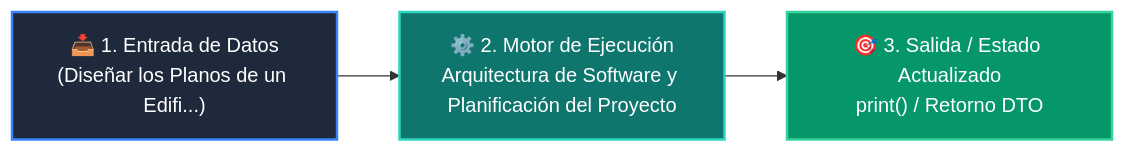
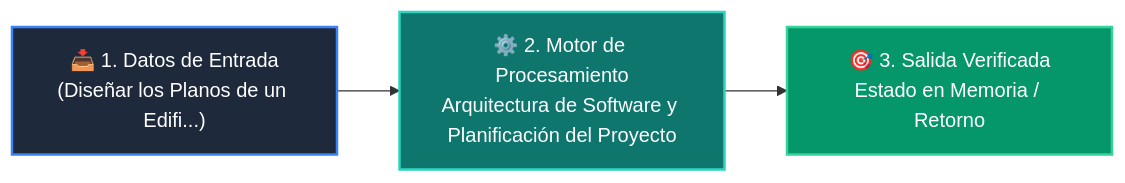
The diagram in 04-proyecto-final/clase-01-arquitectura-y-planificacion/README.md (wisrovi/wisrovi-python), drawn with Mermaid before and after one commit. The commit also changed other lines of this file and 226 other files, not shown here.

Commit message:
docs: elevate all repository READMEs to world-class mastery standard with rich pedagogical architecture, custom Mermaids, and professional styling

````diff
--- a/04-proyecto-final/clase-01-arquitectura-y-planificacion/README.md
+++ b/04-proyecto-final/clase-01-arquitectura-y-planificacion/README.md
@@ -12,9 +26,9 @@
 ```mermaid
 flowchart LR
-    A["📥 1. Entrada de Datos<br/>(Diseñar los Planos de un Edifi...)"] --> B["⚙️ 2. Motor de Ejecución<br/>Arquitectura de Software y Planificación del Proyecto"]
-    B --> C["🎯 3. Salida / Estado Actualizado<br/>print() / Retorno DTO"]
+    IN["📥 1. Datos de Entrada<br/>(Diseñar los Planos de un Edifi...)"] --> ENG["⚙️ 2. Motor de Procesamiento<br/>Arquitectura de Software y Planificación del Proyecto"]
+    ENG --> OUT["🎯 3. Salida Verificada<br/>Estado en Memoria / Retorno"]
 
-    style A fill:#1e293b,color:#ffffff,stroke:#3b82f6,stroke-width:2px
-    style B fill:#0f766e,color:#ffffff,stroke:#2dd4bf,stroke-width:2px
-    style C fill:#059669,color:#ffffff,stroke:#34d399,stroke-width:2px
+    style IN fill:#1e293b,color:#ffffff,stroke:#3b82f6,stroke-width:2px
+    style ENG fill:#0f766e,color:#ffffff,stroke:#2dd4bf,stroke-width:2px
+    style OUT fill:#059669,color:#ffffff,stroke:#34d399,stroke-width:2px
 ```
````
